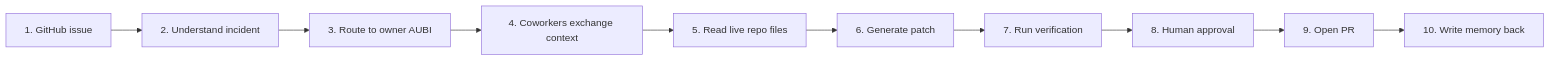
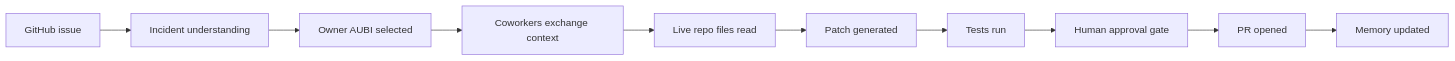
One commit to Neilyoo98/GDSC-Hackathon changed the second of 9 diagrams in README.md. Above: the diagram before and after it, drawn with Mermaid. The commit also changed other lines of this file, not shown here.

````diff
--- a/README.md
+++ b/README.md
@@ -50,12 +98,12 @@
 ```mermaid
 flowchart LR
-    issue["1. GitHub issue"] --> understand["2. Understand incident"]
-    understand --> route["3. Route to owner AUBI"]
-    route --> exchange["4. Coworkers exchange context"]
-    exchange --> read["5. Read live repo files"]
-    read --> patch["6. Generate patch"]
-    patch --> verify["7. Run verification"]
-    verify --> approve["8. Human approval"]
-    approve --> pr["9. Open PR"]
-    pr --> memory["10. Write memory back"]
+    issueNode["GitHub issue"] --> incidentNode["Incident understanding"]
+    incidentNode --> ownerNode["Owner AUBI selected"]
+    ownerNode --> meshNode["Coworkers exchange context"]
+    meshNode --> sourceNode["Live repo files read"]
+    sourceNode --> patchNode["Patch generated"]
+    patchNode --> testNode["Tests run"]
+    testNode --> approvalNode["Human approval gate"]
+    approvalNode --> prNode["PR opened"]
+    prNode --> learnNode["Memory updated"]
 ```
````
